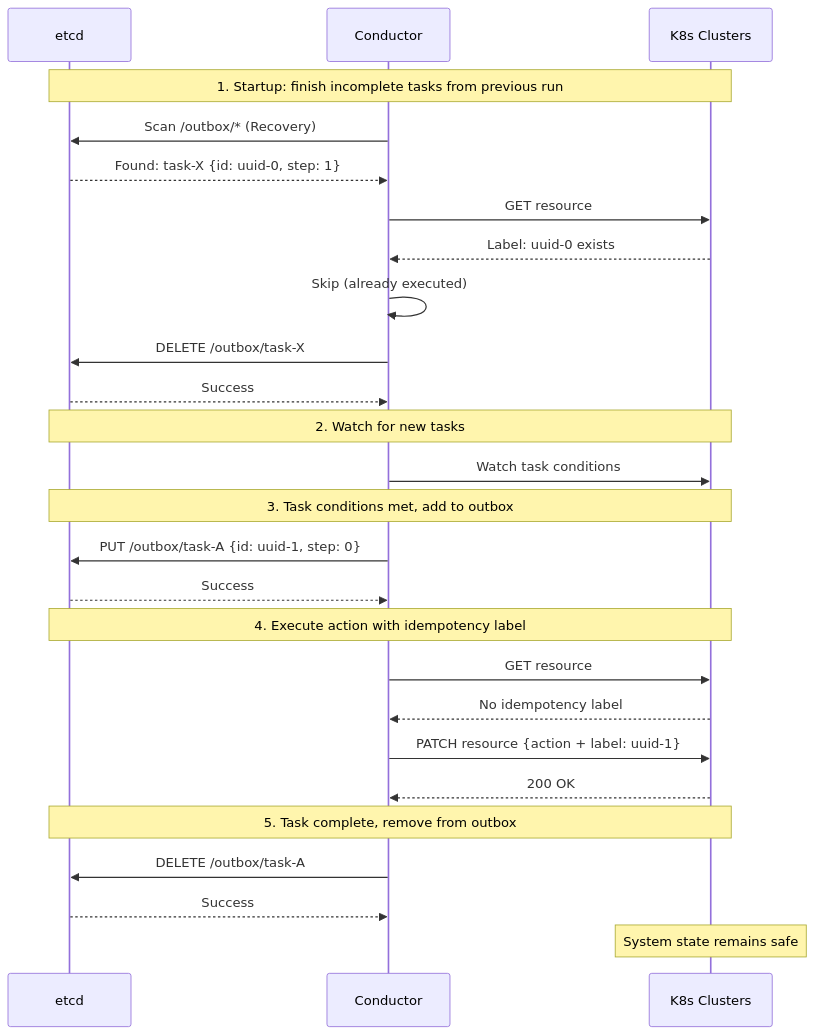
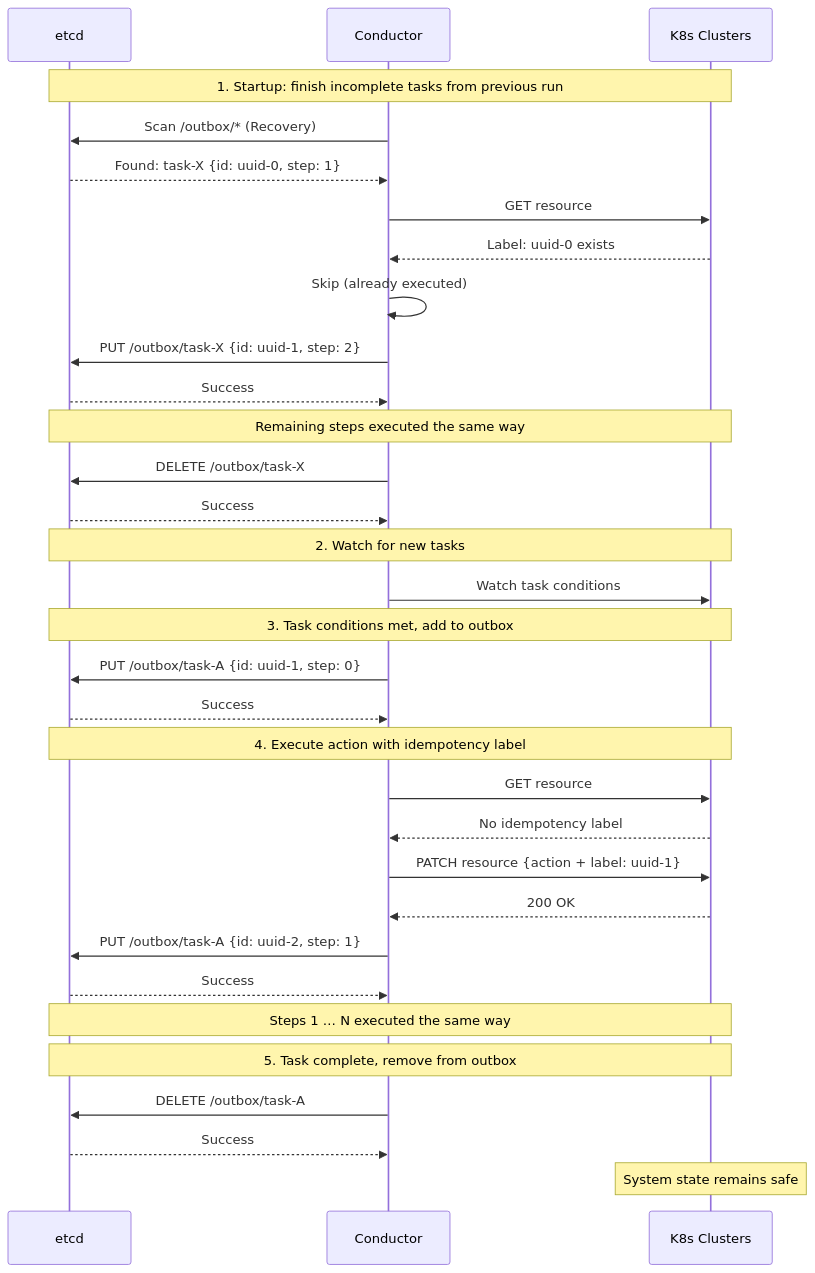
The diagram in docs/outbox-centralized.md (esadakcam/conductor), drawn with Mermaid before and after one commit. The commit also changed 2 other files, not shown here.

Commit message:
Refactor diagrams

````diff
--- a/docs/outbox-centralized.md
+++ b/docs/outbox-centralized.md
@@ -1,39 +1,49 @@
 ```mermaid
 sequenceDiagram
     participant DB as etcd
     participant Conductor as Conductor
     participant K8s as K8s Clusters
 
     Note over DB, K8s: 1. Startup: finish incomplete tasks from previous run
 
     Conductor->>DB: Scan /outbox/* (Recovery)
     DB-->>Conductor: Found: task-X {id: uuid-0, step: 1}
     Conductor->>K8s: GET resource
     K8s-->>Conductor: Label: uuid-0 exists
     Conductor->>Conductor: Skip (already executed)
+    Conductor->>DB: PUT /outbox/task-X {id: uuid-1, step: 2}
+    DB-->>Conductor: Success
+
+    Note over DB, K8s: Remaining steps executed the same way
+
     Conductor->>DB: DELETE /outbox/task-X
     DB-->>Conductor: Success
 
     Note over DB, K8s: 2. Watch for new tasks
 
     Conductor->>K8s: Watch task conditions
 
     Note over DB, K8s: 3. Task conditions met, add to outbox
 
     Conductor->>DB: PUT /outbox/task-A {id: uuid-1, step: 0}
     DB-->>Conductor: Success
 
     Note over DB, K8s: 4. Execute action with idempotency label
 
     Conductor->>K8s: GET resource
     K8s-->>Conductor: No idempotency label
     Conductor->>K8s: PATCH resource {action + label: uuid-1}
     K8s-->>Conductor: 200 OK
 
+    Conductor->>DB: PUT /outbox/task-A {id: uuid-2, step: 1}
+    DB-->>Conductor: Success
+
+    Note over DB, K8s: Steps 1 … N executed the same way
+
     Note over DB, K8s: 5. Task complete, remove from outbox
 
     Conductor->>DB: DELETE /outbox/task-A
     DB-->>Conductor: Success
 
     Note over K8s: System state remains safe
 ```
````
